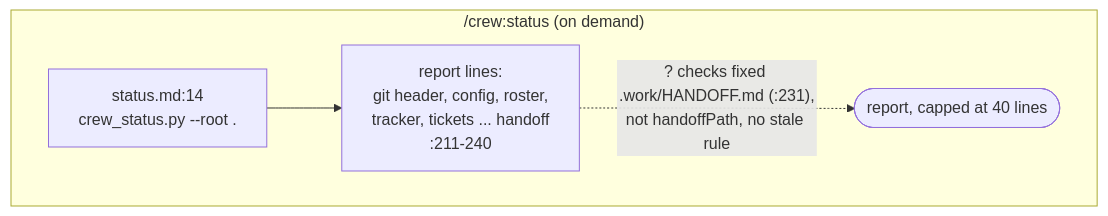
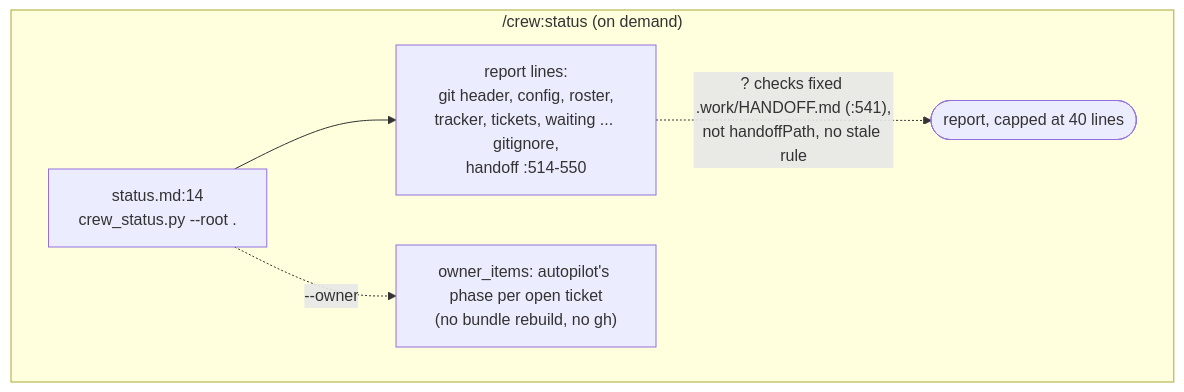
One commit to mbadali25/useful-claude-add-ons changed diagram 24 of 36 in docs/diagrams/README.md. Above: the diagram before and after it, drawn with Mermaid. The commit also changed other lines of this file and 10 other files, not shown here.

First line of the commit message:
L-0550 r6, L-0666 r5, L-0551 r4, L-0687 r3, L-0670 r2: could-not-tell stays visible in status, the owner list and the replan guard

````diff
--- a/docs/diagrams/README.md
+++ b/docs/diagrams/README.md
@@ -953,7 +953,8 @@
 ```mermaid
 flowchart TB
     subgraph status["/crew:status (on demand)"]
-        st1["status.md:14<br/>crew_status.py --root ."] --> st2["report lines:<br/>git header, config, roster,<br/>tracker, tickets ... handoff<br/>:211-240"]
-        st2 -. "? checks fixed .work/HANDOFF.md (:231),<br/>not handoffPath, no stale rule" .-> st3([report, capped at 40 lines])
+        st1["status.md:14<br/>crew_status.py --root ."] --> st2["report lines:<br/>git header, config, roster,<br/>tracker, tickets, waiting ... gitignore,<br/>handoff :514-550"]
+        st2 -. "? checks fixed .work/HANDOFF.md (:541),<br/>not handoffPath, no stale rule" .-> st3([report, capped at 40 lines])
+        st1 -. "--owner" .-> st4["owner_items: autopilot's phase per open ticket<br/>(no bundle rebuild, no gh)"]
     end
 ```
````
